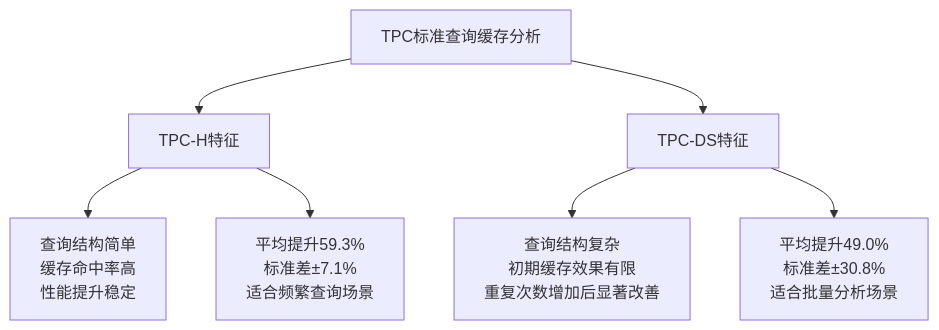
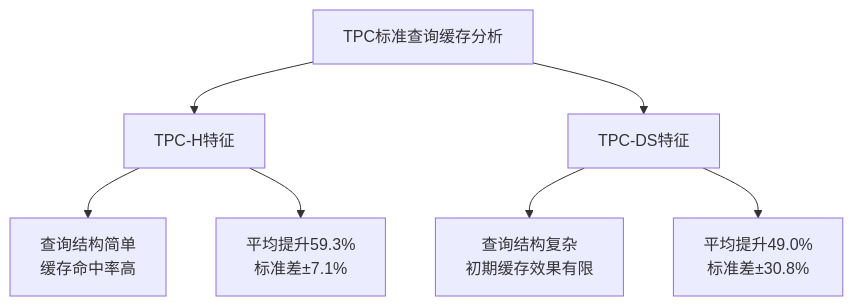
One commit to crazypenguincode/duckdb changed the diagram in md/images/5-图5.14 TPC标准查询缓存特征分析.mmd. Above: the diagram before and after it, drawn with Mermaid. The commit also changed 65 other files, not shown here.

```diff
--- a/md/images/5-图5.14 TPC标准查询缓存特征分析.mmd
+++ b/md/images/5-图5.14 TPC标准查询缓存特征分析.mmd
@@ -1,9 +1,9 @@
 flowchart TD
     A[TPC标准查询缓存分析] --> B[TPC-H特征]
     A --> C[TPC-DS特征]
     
-    B --> B1[查询结构简单<br/>缓存命中率高<br/>性能提升稳定]
-    B --> B2[平均提升59.3%<br/>标准差±7.1%<br/>适合频繁查询场景]
+    B --> B1[查询结构简单<br/>缓存命中率高]
+    B --> B2[平均提升59.3%<br/>标准差±7.1%]
     
-    C --> C1[查询结构复杂<br/>初期缓存效果有限<br/>重复次数增加后显著改善]
-    C --> C2[平均提升49.0%<br/>标准差±30.8%<br/>适合批量分析场景]
+    C --> C1[查询结构复杂<br/>初期缓存效果有限]
+    C --> C2[平均提升49.0%<br/>标准差±30.8%]
```
